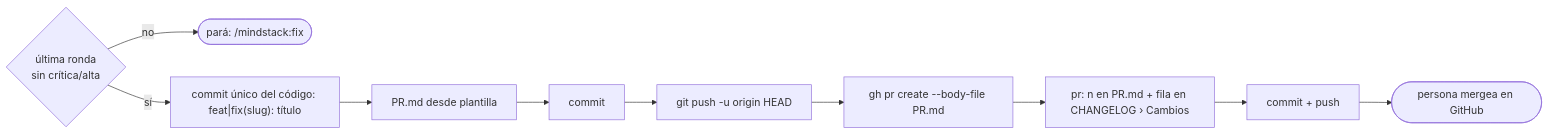
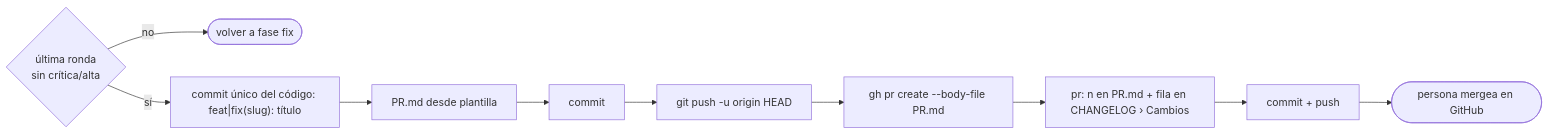
One commit to octavio-parozlabs/mindstack changed the first of 2 diagrams in skills/workflow/references/pr.md. Above: the diagram before and after it, drawn with Mermaid. The commit also changed other lines of this file and 58 other files, not shown here.

````diff
--- a/skills/workflow/references/pr.md
+++ b/skills/workflow/references/pr.md
@@ -5,12 +5,12 @@
 ```mermaid
 flowchart LR
-    V{última ronda\nsin crítica/alta} -- no --> STOP([pará: /mindstack:fix])
+    V{última ronda\nsin crítica/alta} -- no --> STOP([volver a fase fix])
     V -- sí --> CC["commit único del código: feat|fix(slug): título"]
     CC --> B[PR.md desde plantilla]
     B --> C[commit]
     C --> P[git push -u origin HEAD]
     P --> G[gh pr create --body-file PR.md]
     G --> N["pr: n en PR.md + fila en CHANGELOG › Cambios"]
     N --> K[commit + push]
     K --> M([persona mergea en GitHub])
 ```
````
